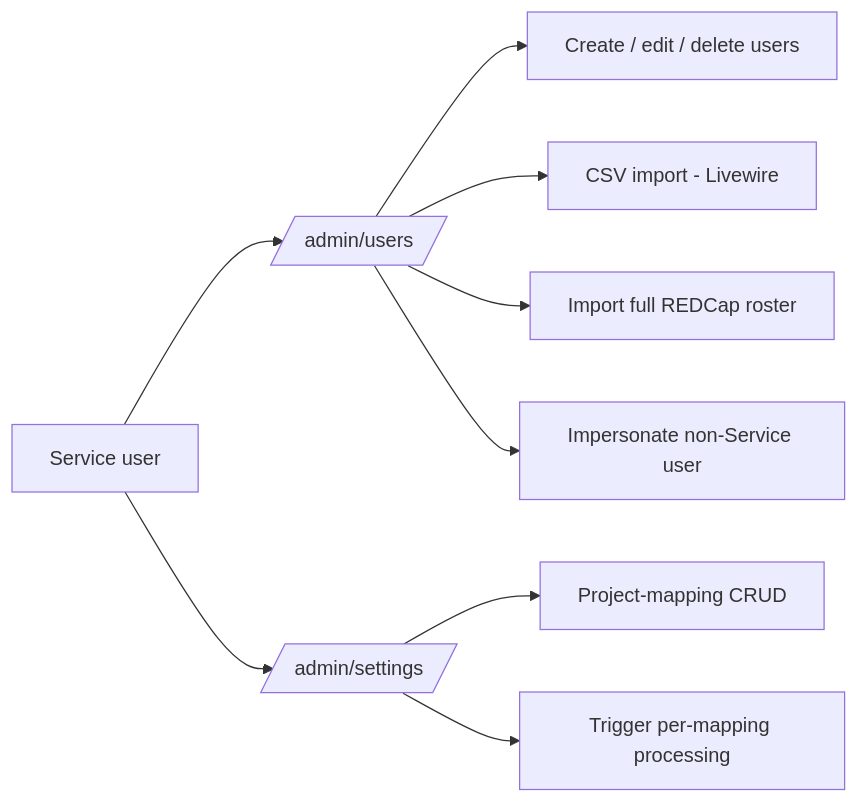
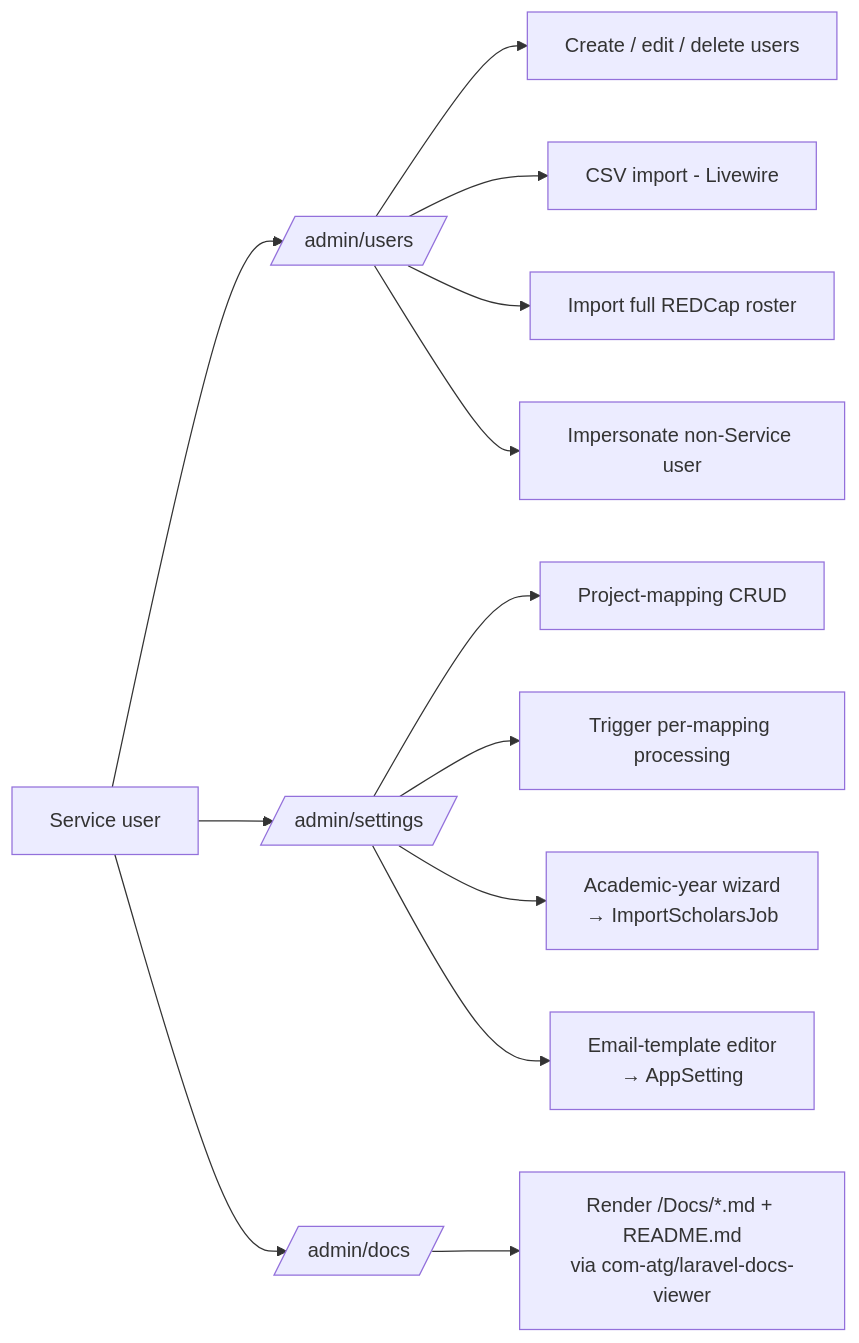
Before and after one commit to com-atg/OMM-SE: the seventh of 7 diagrams in Docs/architecture.md, drawn with Mermaid. The commit also changed other lines of this file and 38 other files, not shown here.

````diff
--- a/Docs/architecture.md
+++ b/Docs/architecture.md
@@ -275,11 +286,15 @@
 ```mermaid
 flowchart LR
     SVC[Service user] --> UI[/admin/users/]
     SVC --> SET[/admin/settings/]
+    SVC --> DOCS[/admin/docs/]
     UI --> CRUD[Create / edit / delete users]
     UI --> CSV[CSV import - Livewire]
     UI --> RC[Import full REDCap roster]
     UI --> IMP[Impersonate non-Service user]
     SET --> PM[Project-mapping CRUD]
     SET --> RUN[Trigger per-mapping processing]
+    SET --> WIZ[Academic-year wizard\n→ ImportScholarsJob]
+    SET --> EMAIL[Email-template editor\n→ AppSetting]
+    DOCS --> MD[Render /Docs/*.md + README.md\nvia com-atg/laravel-docs-viewer]
 ```
````
